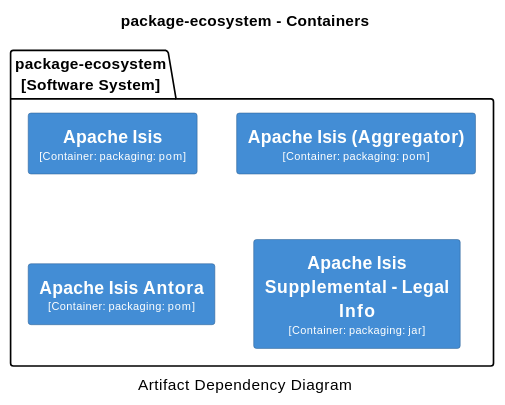
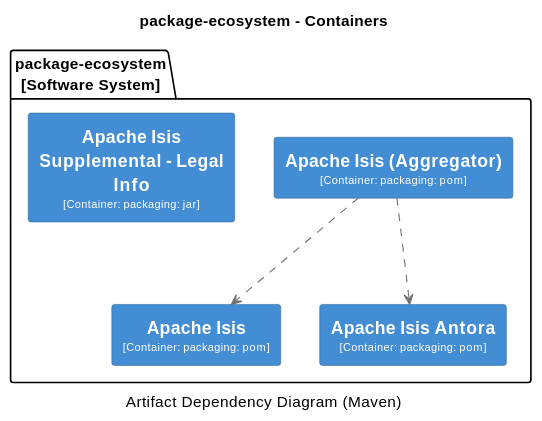
One commit to apache/causeway changed the first of 18 diagrams in antora/components/system/modules/ROOT/pages/about.adoc. Above: the diagram before and after it, drawn with PlantUML. The commit also changed other lines of this file and 2 other files, not shown here.

Commit message:
ISIS-2437: add relations to c4 diagrams (System Overview)

```diff
--- a/antora/components/system/modules/ROOT/pages/about.adoc
+++ b/antora/components/system/modules/ROOT/pages/about.adoc
@@ -7,42 +7,44 @@
 [plantuml,Base,svg]
 ----
 @startuml(id=Base)
 title package-ecosystem - Containers
-caption Artifact Dependency Diagram
+caption Artifact Dependency Diagram (Maven)
 
 skinparam {
   shadowing false
   arrowFontSize 10
   defaultTextAlignment center
   wrapWidth 200
   maxMessageSize 100
 }
 hide stereotype
 skinparam rectangle<<2>> {
   BackgroundColor #438dd5
   FontColor #fffffe
   BorderColor #2E6295
 }
 skinparam rectangle<<3>> {
   BackgroundColor #438dd5
   FontColor #fffffe
   BorderColor #2E6295
 }
 skinparam rectangle<<4>> {
   BackgroundColor #438dd5
   FontColor #fffffe
   BorderColor #2E6295
 }
 skinparam rectangle<<5>> {
   BackgroundColor #438dd5
   FontColor #fffffe
   BorderColor #2E6295
 }
 package "package-ecosystem\n[Software System]" {
   rectangle "==Apache Isis\n<size:10>[Container: packaging: pom]</size>" <<4>> as 4
   rectangle "==Apache Isis (Aggregator)\n<size:10>[Container: packaging: pom]</size>" <<2>> as 2
   rectangle "==Apache Isis Antora\n<size:10>[Container: packaging: pom]</size>" <<3>> as 3
   rectangle "==Apache Isis Supplemental - Legal Info\n<size:10>[Container: packaging: jar]</size>" <<5>> as 5
 }
+2 .[#707070].> 4 : ""
+2 .[#707070].> 3 : ""
 @enduml
 ----
```
